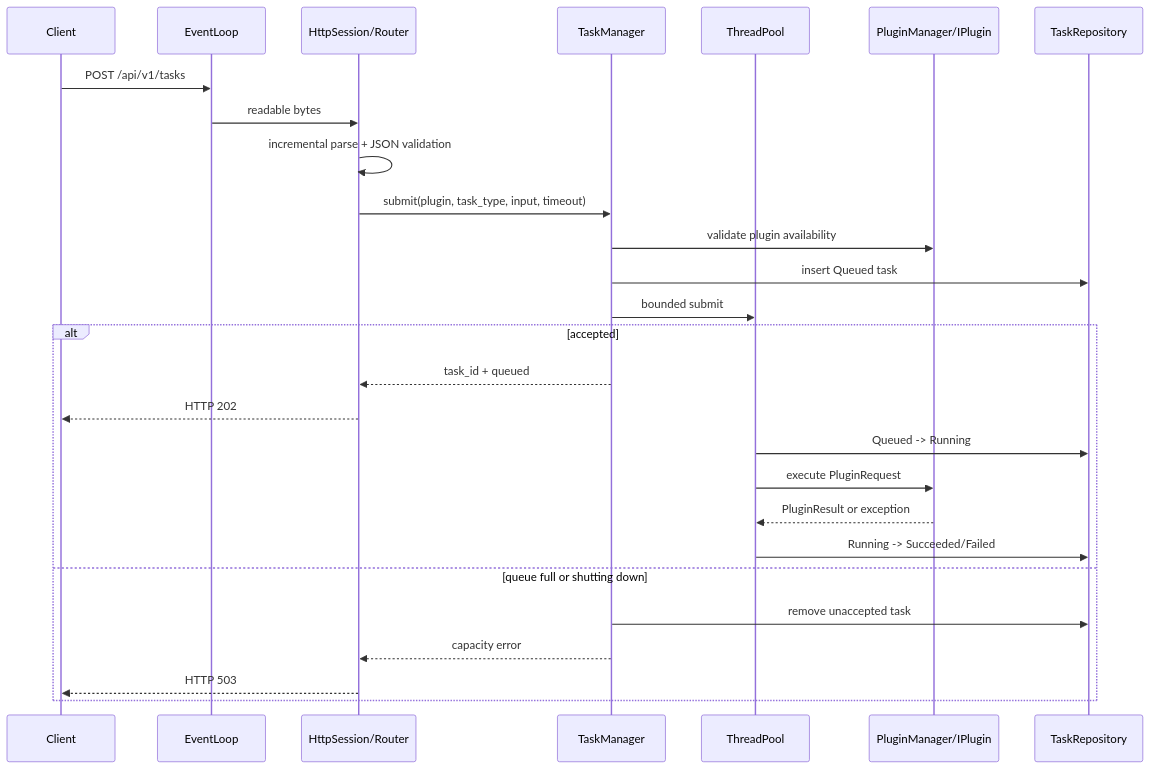
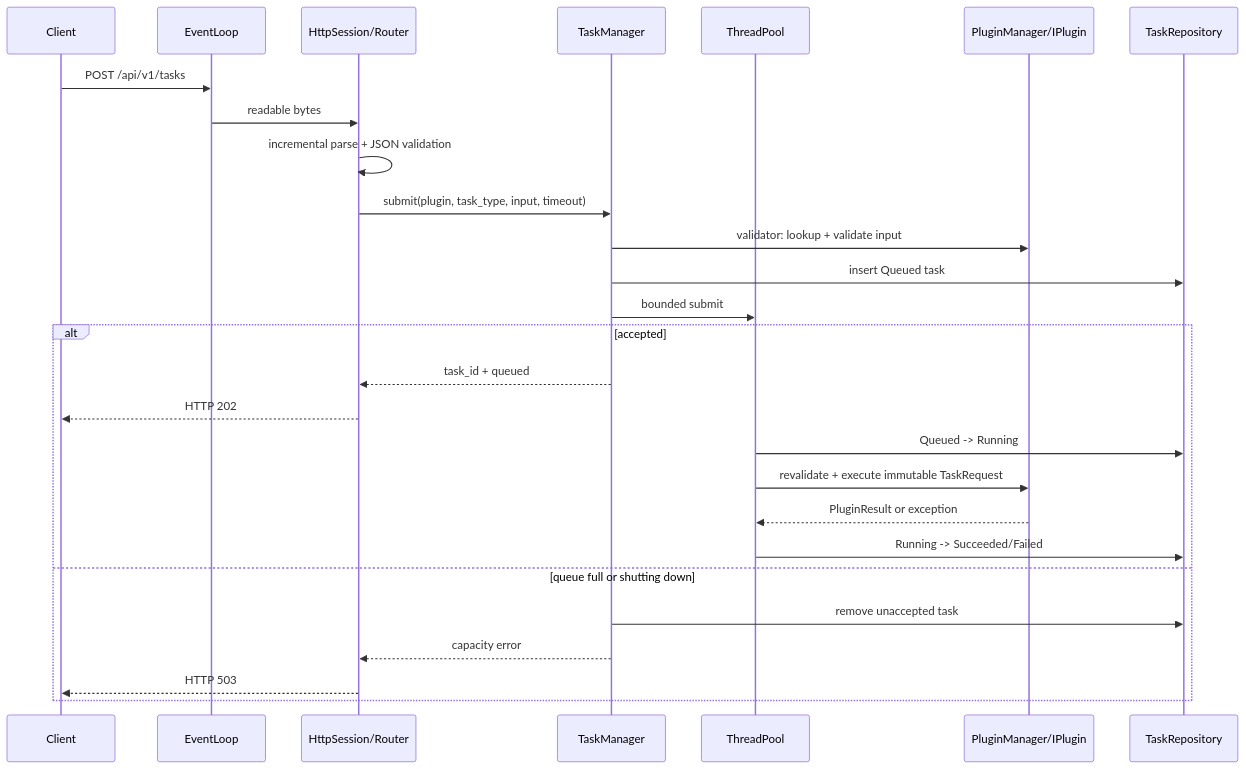
The eighth of 10 diagrams in docs/architecture.md (realme-max/IndustrialAIServiceFramework), drawn with Mermaid before and after one commit. The commit also changed other lines of this file and 39 other files, not shown here.

````diff
--- a/docs/architecture.md
+++ b/docs/architecture.md
@@ -611,30 +663,30 @@
 ```mermaid
 sequenceDiagram
     participant C as Client
     participant L as EventLoop
     participant H as HttpSession/Router
     participant M as TaskManager
     participant Q as ThreadPool
     participant P as PluginManager/IPlugin
     participant R as TaskRepository
 
     C->>L: POST /api/v1/tasks
     L->>H: readable bytes
     H->>H: incremental parse + JSON validation
     H->>M: submit(plugin, task_type, input, timeout)
-    M->>P: validate plugin availability
+    M->>P: validator: lookup + validate input
     M->>R: insert Queued task
     M->>Q: bounded submit
     alt accepted
         M-->>H: task_id + queued
         H-->>C: HTTP 202
         Q->>R: Queued -> Running
-        Q->>P: execute PluginRequest
+        Q->>P: revalidate + execute immutable TaskRequest
         P-->>Q: PluginResult or exception
         Q->>R: Running -> Succeeded/Failed
     else queue full or shutting down
         M->>R: remove unaccepted task
         M-->>H: capacity error
         H-->>C: HTTP 503
     end
 ```
````
